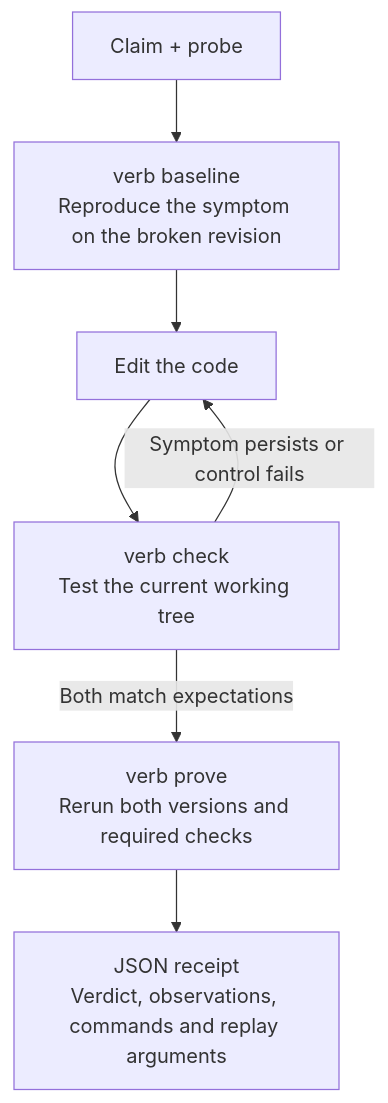
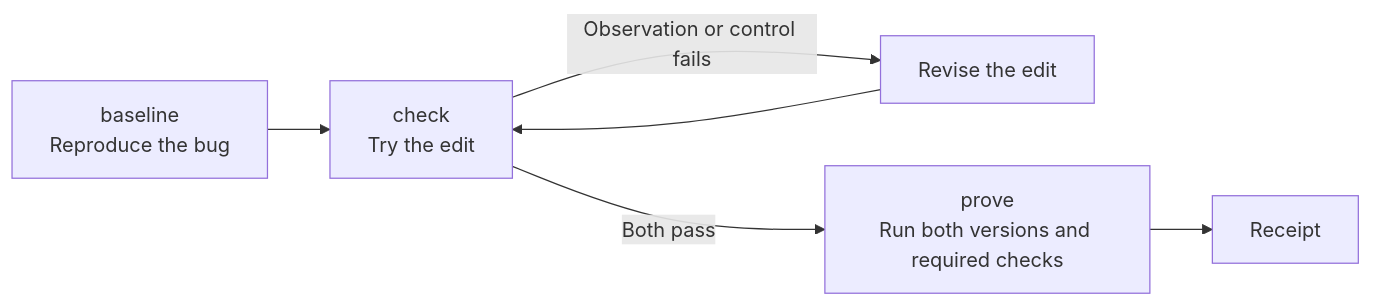
Before and after one commit to rzzli/VERB: the diagram in README.md, drawn with Mermaid. The commit also changed other lines of this file and 64 other files, not shown here.

````diff
--- a/README.md
+++ b/README.md
@@ -15,9 +7,8 @@
 ```mermaid
-flowchart TD
-    claim["Claim + probe"] --> base["verb baseline<br/>Reproduce the symptom on the broken revision"]
-    base --> edit["Edit the code"]
-    edit --> check["verb check<br/>Test the current working tree"]
-    check -->|Symptom persists or control fails| edit
-    check -->|Both match expectations| prove["verb prove<br/>Rerun both versions and required checks"]
-    prove --> receipt["JSON receipt<br/>Verdict, observations, commands and replay arguments"]
+flowchart LR
+    A["baseline<br/>Reproduce the bug"] --> B["check<br/>Try the edit"]
+    B -->|Observation or control fails| C["Revise the edit"]
+    C --> B
+    B -->|Both pass| D["prove<br/>Run both versions and required checks"]
+    D --> E["Receipt"]
 ```
````
